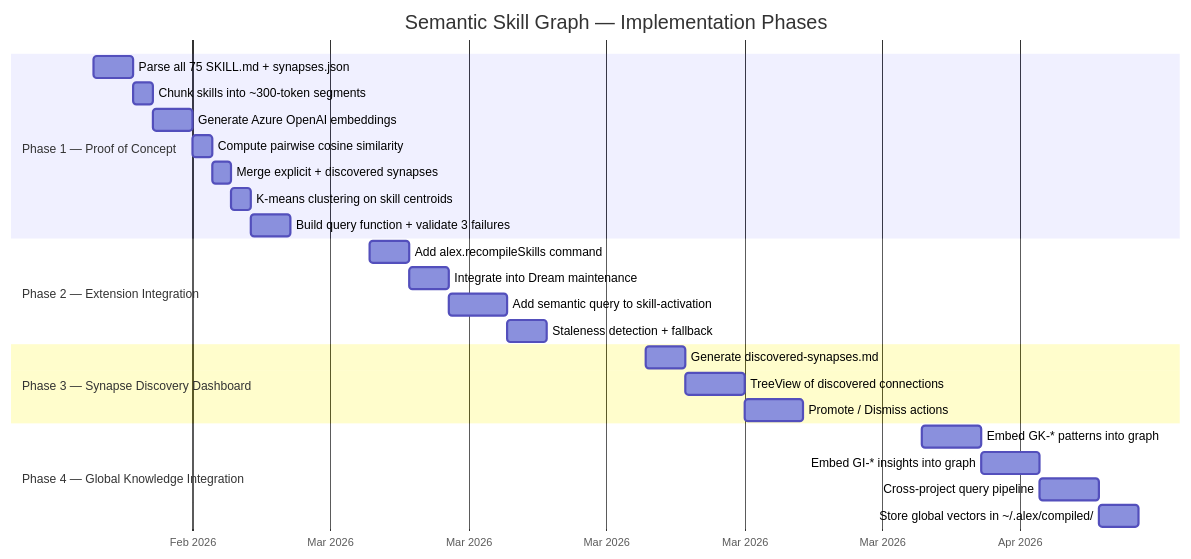
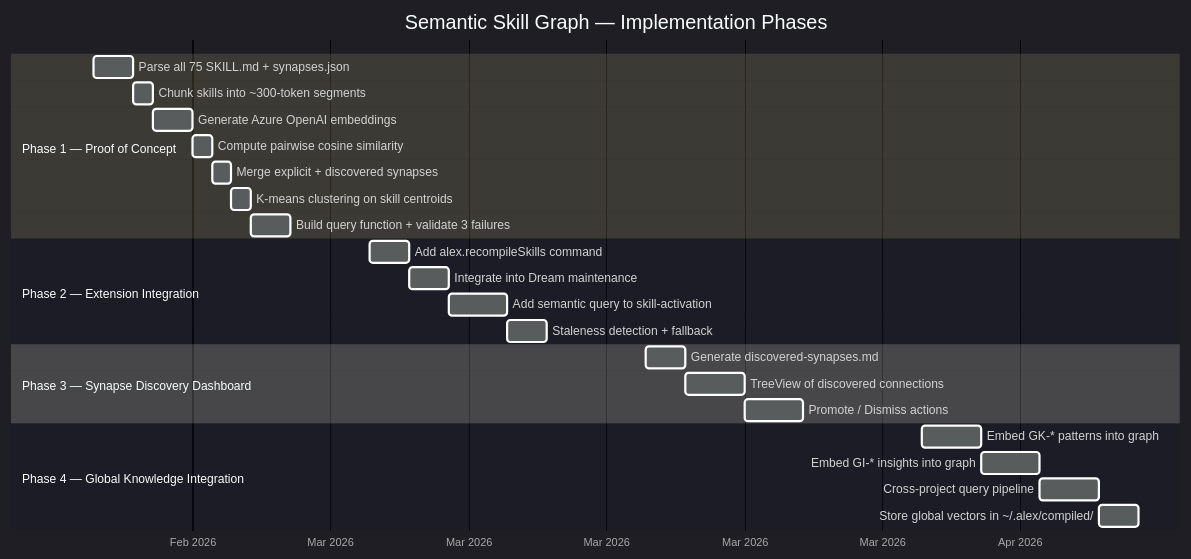
The first of 11 diagrams in alex_docs/architecture/SEMANTIC-SKILL-GRAPH.md (fabioc-aloha/Alex_Plug_In), drawn with Mermaid before and after one commit. The commit also changed other lines of this file and 13 other files, not shown here.

Commit message:
brand(M4.8-4.10): mermaid theme snippet + inject CorreaX theme into arch diagrams + standardize badge colors

````diff
--- a/alex_docs/architecture/SEMANTIC-SKILL-GRAPH.md
+++ b/alex_docs/architecture/SEMANTIC-SKILL-GRAPH.md
@@ -30,32 +30,33 @@
 ```mermaid
+%%{init: {'theme': 'dark', 'themeVariables': {'background': '#0f172a', 'primaryColor': '#1e293b', 'primaryTextColor': '#f1f5f9', 'primaryBorderColor': '#818cf8', 'lineColor': '#475569', 'secondaryColor': '#1e293b', 'secondaryBorderColor': '#2dd4bf', 'tertiaryColor': '#1e293b', 'fontFamily': 'Segoe UI, system-ui, sans-serif'}}}%%
 gantt
     title Semantic Skill Graph — Implementation Phases
     dateFormat YYYY-MM-DD
     axisFormat %b %Y
 
     section Phase 1 — Proof of Concept
     Parse all 75 SKILL.md + synapses.json       :p1a, 2026-02-17, 2d
     Chunk skills into ~300-token segments        :p1b, after p1a, 1d
     Generate Azure OpenAI embeddings            :p1c, after p1b, 2d
     Compute pairwise cosine similarity          :p1d, after p1c, 1d
     Merge explicit + discovered synapses        :p1e, after p1d, 1d
     K-means clustering on skill centroids       :p1f, after p1e, 1d
     Build query function + validate 3 failures  :p1g, after p1f, 2d
 
     section Phase 2 — Extension Integration
     Add alex.recompileSkills command            :p2a, 2026-03-03, 2d
     Integrate into Dream maintenance            :p2b, after p2a, 2d
     Add semantic query to skill-activation      :p2c, after p2b, 3d
     Staleness detection + fallback              :p2d, after p2c, 2d
 
     section Phase 3 — Synapse Discovery Dashboard
     Generate discovered-synapses.md             :p3a, 2026-03-17, 2d
     TreeView of discovered connections          :p3b, after p3a, 3d
     Promote / Dismiss actions                   :p3c, after p3b, 3d
 
     section Phase 4 — Global Knowledge Integration
     Embed GK-* patterns into graph              :p4a, 2026-03-31, 3d
     Embed GI-* insights into graph              :p4b, after p4a, 3d
     Cross-project query pipeline                :p4c, after p4b, 3d
     Store global vectors in ~/.alex/compiled/   :p4d, after p4c, 2d
 ```
````
